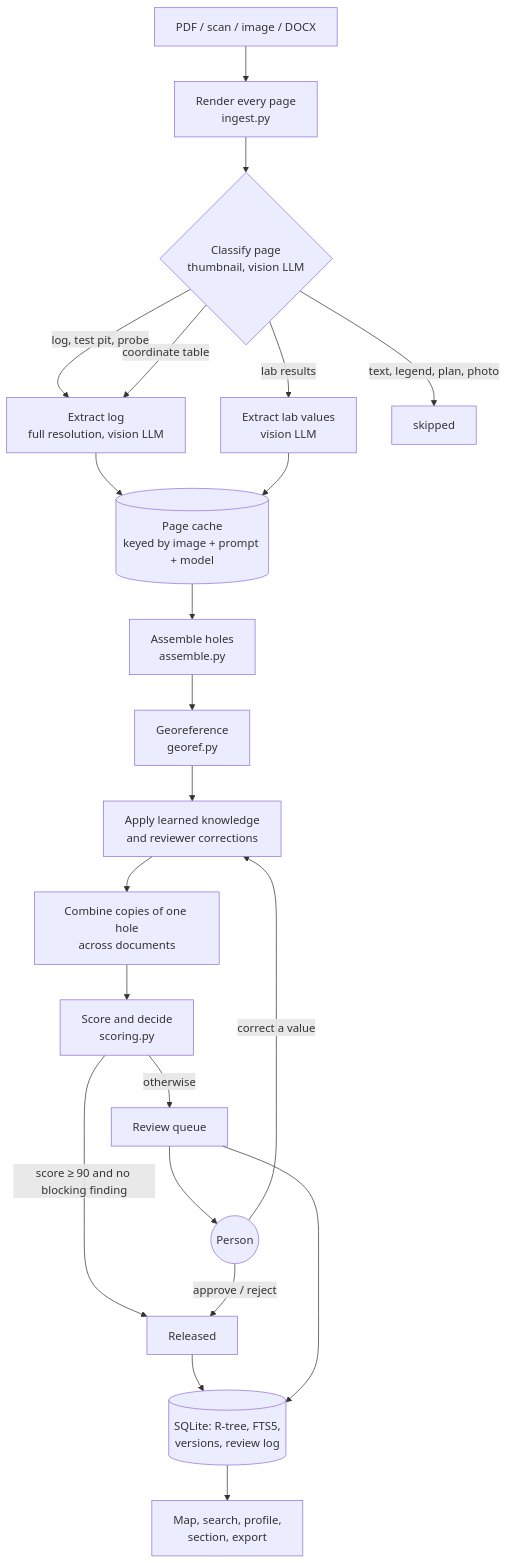
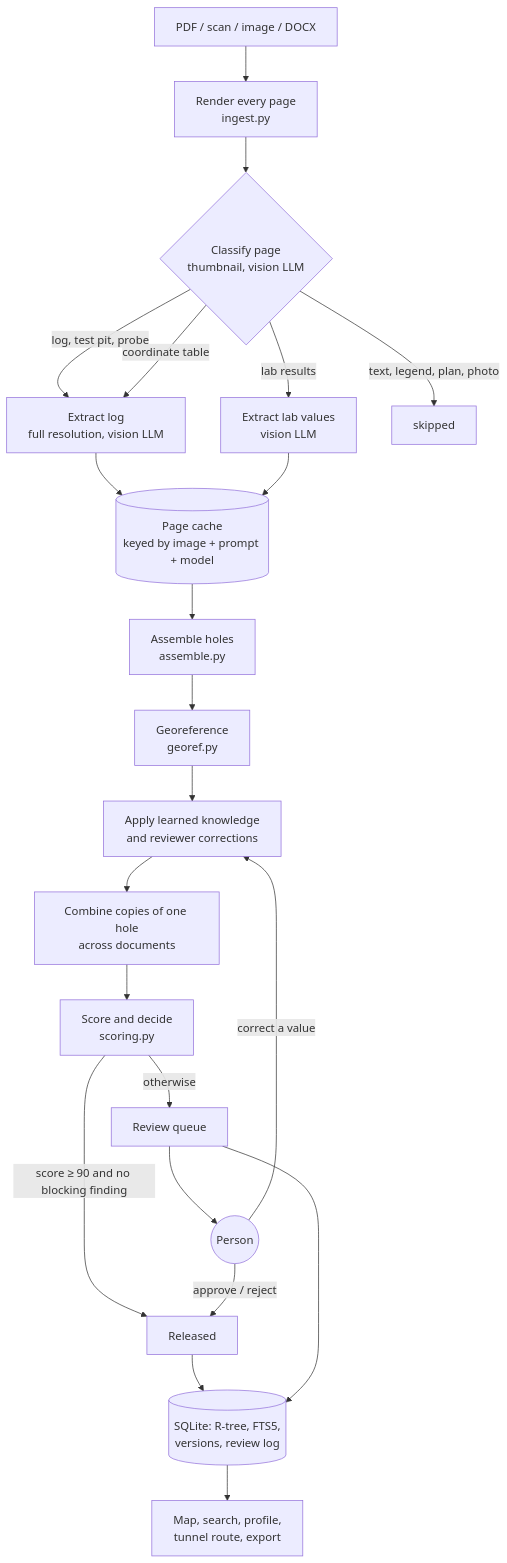
The first of 4 diagrams in docs/pipeline.md (bababue/SmartAutomation2026), drawn with Mermaid before and after one commit. The commit also changed 12 other files, not shown here.

````diff
--- a/docs/pipeline.md
+++ b/docs/pipeline.md
@@ -8,24 +8,24 @@
 ```mermaid
 flowchart TD
     A[PDF / scan / image / DOCX] --> B[Render every page<br/>ingest.py]
     B --> C{Classify page<br/>thumbnail, vision LLM}
     C -->|log, test pit, probe| D[Extract log<br/>full resolution, vision LLM]
     C -->|coordinate table| D
     C -->|lab results| L[Extract lab values<br/>vision LLM]
     C -->|text, legend, plan, photo| X[skipped]
     D --> K[(Page cache<br/>keyed by image + prompt + model)]
     L --> K
     K --> E[Assemble holes<br/>assemble.py]
     E --> G[Georeference<br/>georef.py]
     G --> H[Apply learned knowledge<br/>and reviewer corrections]
     H --> M[Combine copies of one hole<br/>across documents]
     M --> S[Score and decide<br/>scoring.py]
     S -->|score ≥ 90 and no blocking finding| R[Released]
     S -->|otherwise| Q[Review queue]
     Q --> P((Person))
     P -->|approve / reject| R
     P -->|correct a value| H
     R --> DB[(SQLite: R-tree, FTS5,<br/>versions, review log)]
     Q --> DB
-    DB --> UI[Map, search, profile,<br/>section, export]
+    DB --> UI[Map, search, profile,<br/>tunnel route, export]
 ```
````
